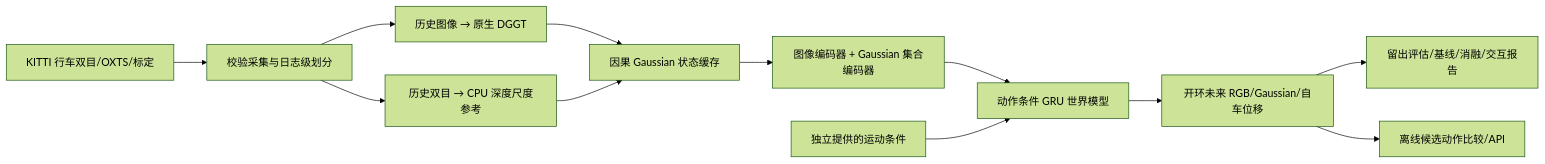
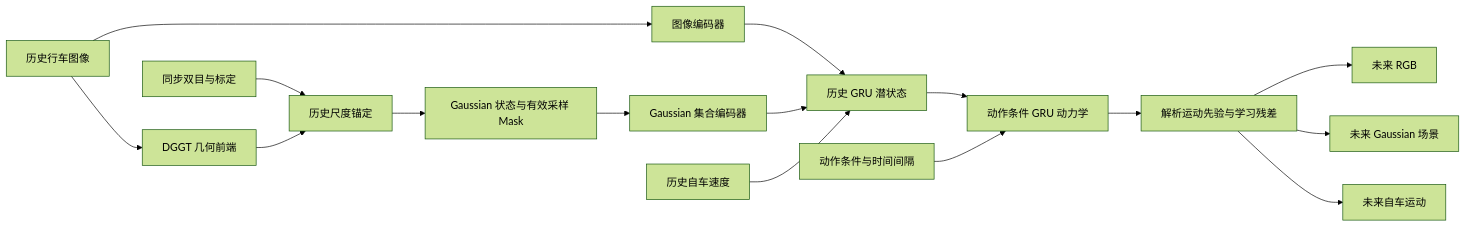
The diagram in README.md (Quan2630345594/DriveGaussianWorld), drawn with Mermaid (forest theme) before and after one commit. The commit also changed other lines of this file and 77 other files, not shown here.

````diff
--- a/README.md
+++ b/README.md
@@ -9,14 +30,18 @@
 ```mermaid
 flowchart LR
-    A[KITTI 行车双目/OXTS/标定] --> B[校验采集与日志级划分]
-    B --> C[历史图像 → 原生 DGGT]
-    B --> S[历史双目 → CPU 深度尺度参考]
-    C --> G[因果 Gaussian 状态缓存]
-    S --> G
-    G --> E[图像编码器 + Gaussian 集合编码器]
-    E --> W[动作条件 GRU 世界模型]
-    U[独立提供的运动条件] --> W
-    W --> F[开环未来 RGB/Gaussian/自车位移]
-    F --> V[留出评估/基线/消融/交互报告]
-    F --> P[离线候选动作比较/API]
+    A[历史行车图像] --> B[DGGT 几何前端]
+    S[同步双目与标定] --> M[历史尺度锚定]
+    B --> M
+    M --> G[Gaussian 状态与有效采样 Mask]
+    A --> E[图像编码器]
+    G --> Q[Gaussian 集合编码器]
+    E --> H[历史 GRU 潜状态]
+    Q --> H
+    V[历史自车速度] --> H
+    H --> D[动作条件 GRU 动力学]
+    U[动作条件与时间间隔] --> D
+    D --> P[解析运动先验与学习残差]
+    P --> I[未来 RGB]
+    P --> F[未来 Gaussian 场景]
+    P --> T[未来自车运动]
 ```
````
